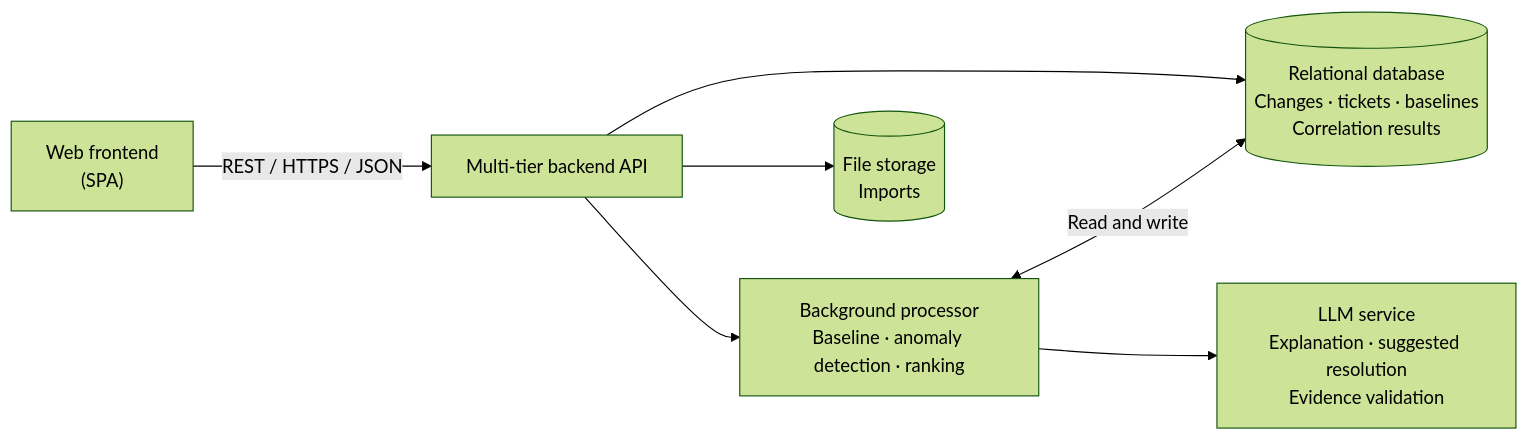
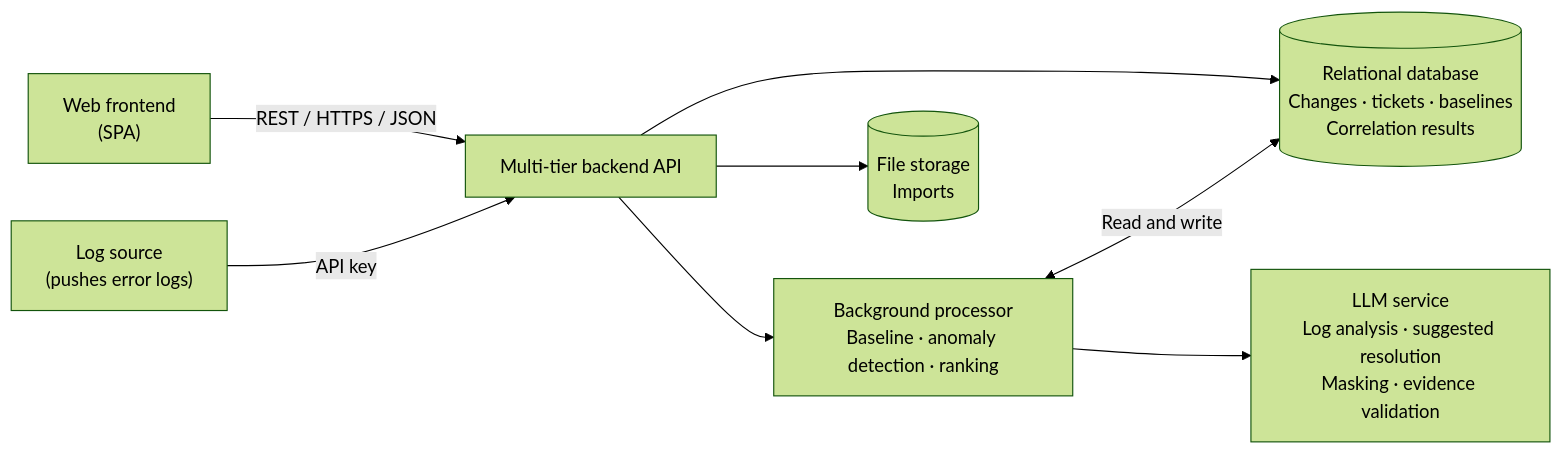
Before and after one commit to DuykoNgu/practise: the diagram in docs/01-scope.md, drawn with Mermaid (forest theme). The commit also changed other lines of this file and 7 other files, not shown here.

First line of the commit message:
Bring error-log analysis into V1: scope, features, use cases, stories, IA, API

````diff
--- a/docs/01-scope.md
+++ b/docs/01-scope.md
@@ -85,16 +99,18 @@
 ```mermaid
 flowchart LR
     frontend["Web frontend<br/>(SPA)"]
     api["Multi-tier backend API"]
     database[("Relational database<br/>Changes · tickets · baselines<br/>Correlation results")]
     processor["Background processor<br/>Baseline · anomaly detection · ranking"]
-    llm["LLM service<br/>Explanation · suggested resolution<br/>Evidence validation"]
+    llm["LLM service<br/>Log analysis · suggested resolution<br/>Masking · evidence validation"]
     storage[("File storage<br/>Imports")]
+    logsrc["Log source<br/>(pushes error logs)"]
 
     frontend -->|"REST / HTTPS / JSON"| api
+    logsrc -->|"API key"| api
     api --> database
     api --> processor
     api --> storage
     processor <-->|"Read and write"| database
     processor --> llm
 ```
````
